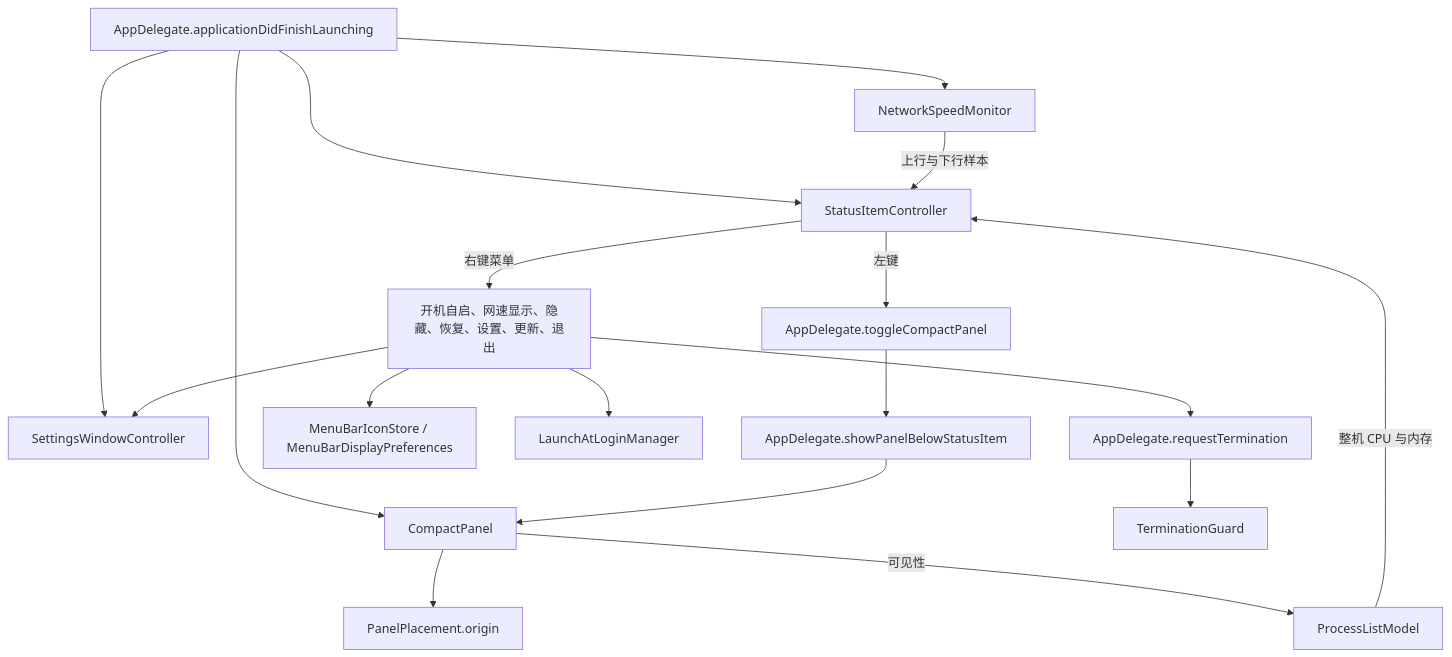
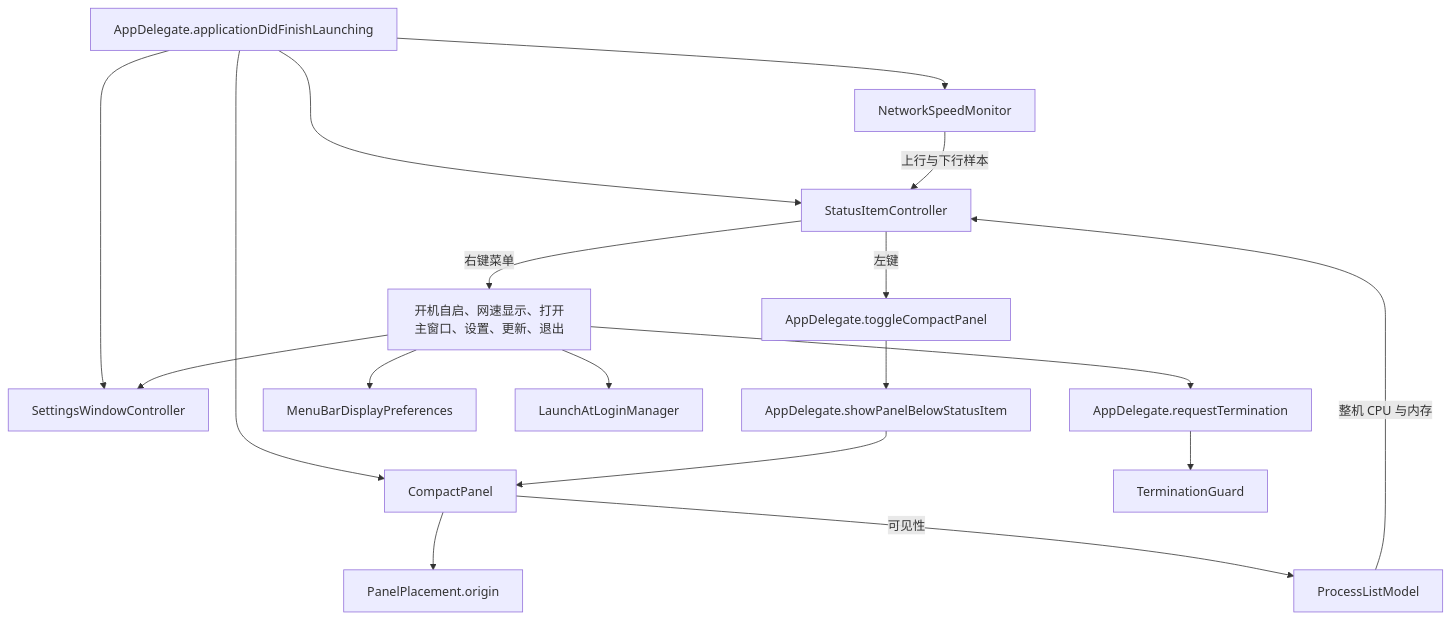
One commit to x0c/CPUKiller changed the diagram in docs/MENU_BAR_INTERACTION_KNOWLEDGE_BASE.md. Above: the diagram before and after it, drawn with Mermaid. The commit also changed other lines of this file and 15 other files, not shown here.

````diff
--- a/docs/MENU_BAR_INTERACTION_KNOWLEDGE_BASE.md
+++ b/docs/MENU_BAR_INTERACTION_KNOWLEDGE_BASE.md
@@ -43,20 +44,20 @@
 ```mermaid
 graph TD
     A[AppDelegate.applicationDidFinishLaunching] --> B[StatusItemController]
     A --> C[CompactPanel]
     A --> D[NetworkSpeedMonitor]
     A --> E[SettingsWindowController]
     F[ProcessListModel] -->|整机 CPU 与内存| B
     D -->|上行与下行样本| B
     B -->|左键| G[AppDelegate.toggleCompactPanel]
     G --> H[AppDelegate.showPanelBelowStatusItem]
     H --> C
     C --> I[PanelPlacement.origin]
     C -->|可见性| F
-    B -->|右键菜单| J[开机自启、网速显示、隐藏、恢复、设置、更新、退出]
-    J --> K[MenuBarIconStore / MenuBarDisplayPreferences]
+    B -->|右键菜单| J[开机自启、网速显示、打开主窗口、设置、更新、退出]
+    J --> K[MenuBarDisplayPreferences]
     J --> E
     J --> L[LaunchAtLoginManager]
     J --> M[AppDelegate.requestTermination]
     M --> N[TerminationGuard]
 ```
````
